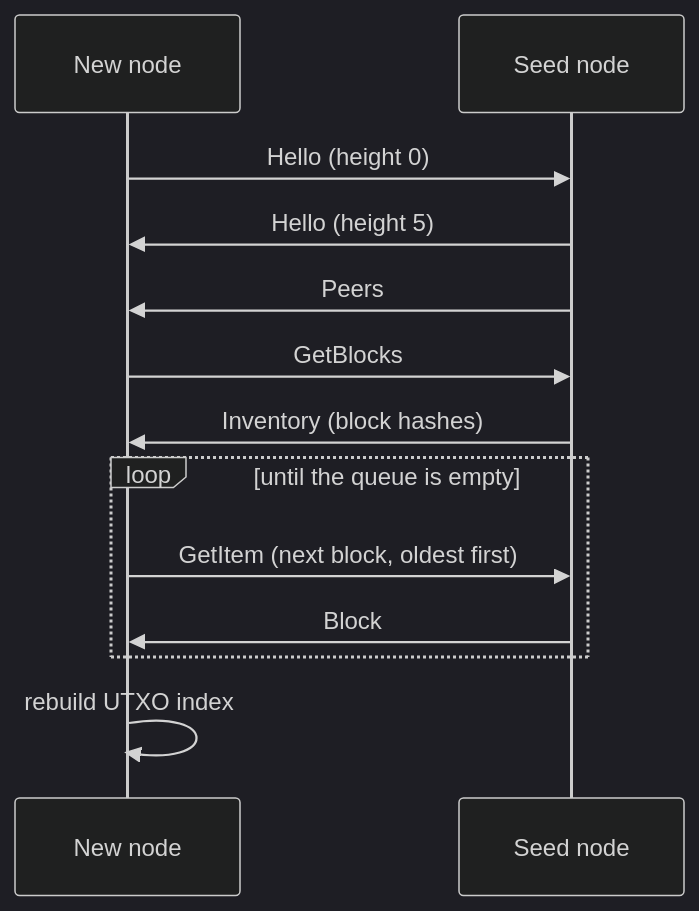
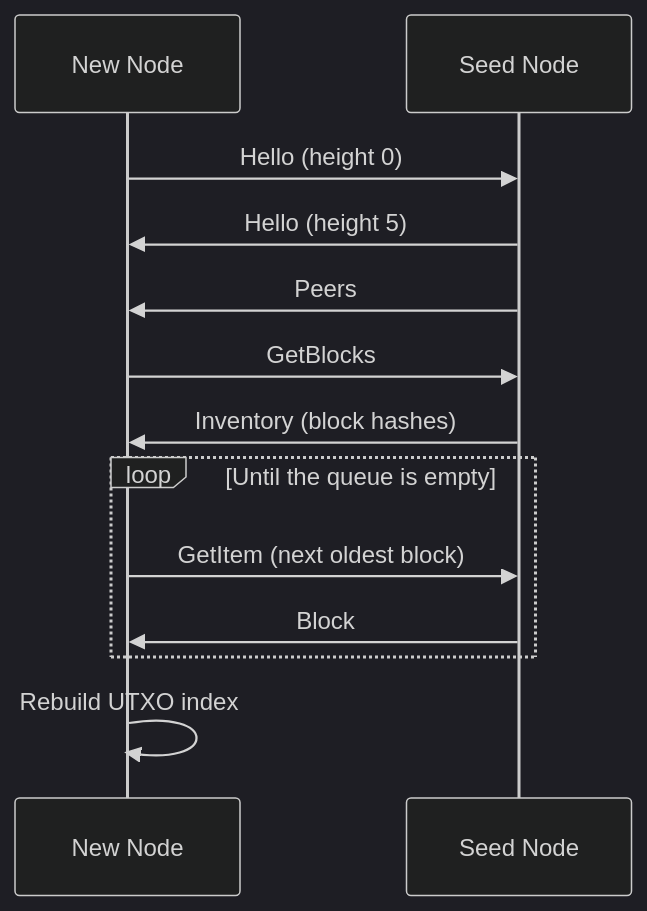
The ninth of 9 diagrams in README.md (walidwh21/MiniChain), drawn with Mermaid (dark theme) before and after one commit. The commit also changed other lines of this file, not shown here.

````diff
--- a/README.md
+++ b/README.md
@@ -256,15 +268,19 @@
 ```mermaid
 sequenceDiagram
-    participant N as New node
-    participant S as Seed node
+    participant N as New Node
+    participant S as Seed Node
+
     N->>S: Hello (height 0)
     S->>N: Hello (height 5)
     S->>N: Peers
+
     N->>S: GetBlocks
     S->>N: Inventory (block hashes)
-    loop until the queue is empty
-        N->>S: GetItem (next block, oldest first)
+
+    loop Until the queue is empty
+        N->>S: GetItem (next oldest block)
         S->>N: Block
     end
-    N->>N: rebuild UTXO index
+
+    N->>N: Rebuild UTXO index
 ```
````
